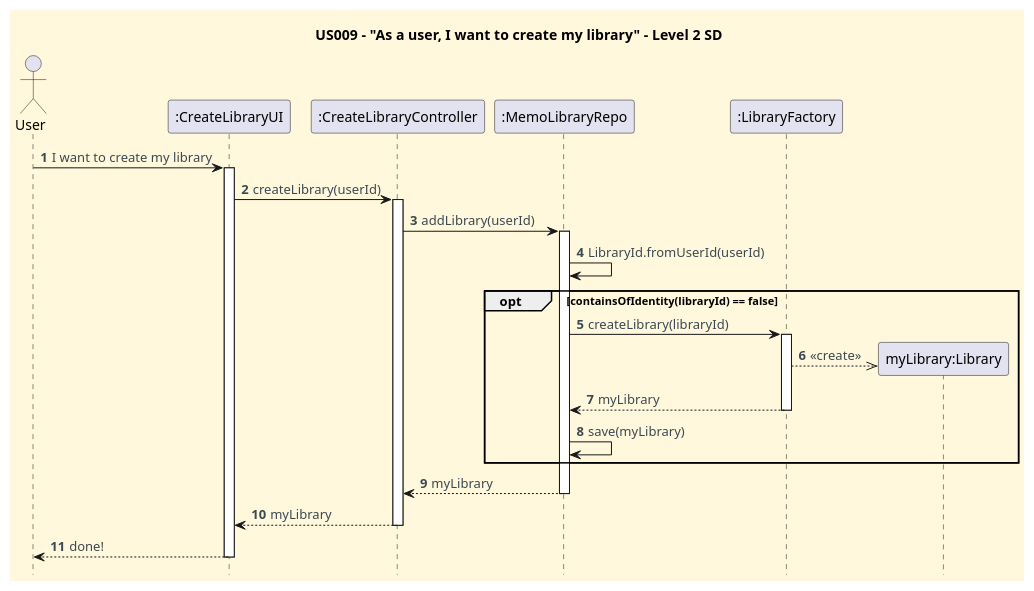
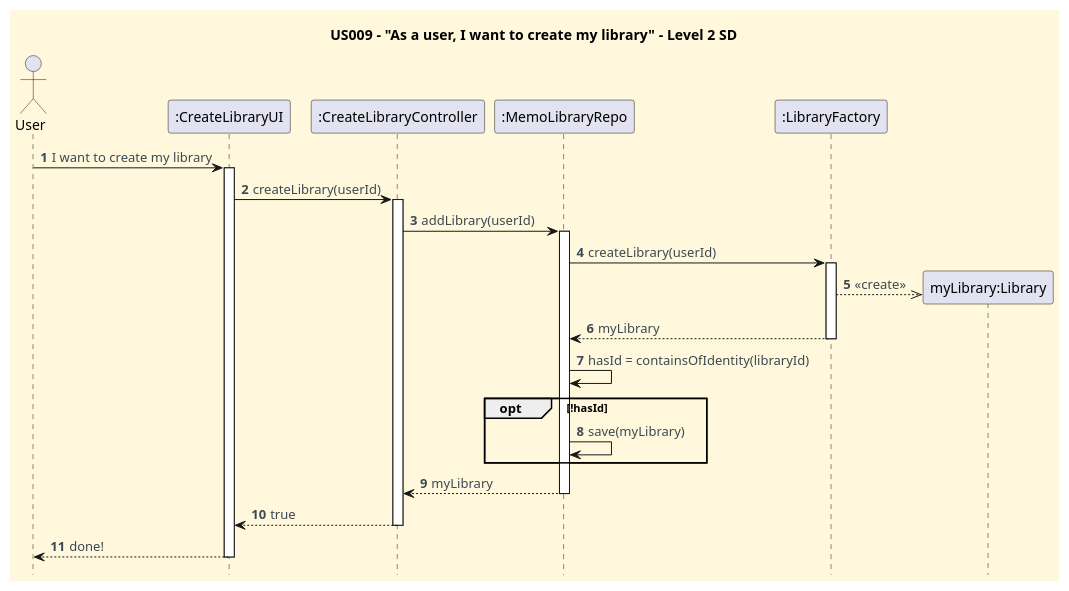
Before and after one commit to CarolinaLeite-collab/JavaMarketplacePlatform: the diagram in docs/user-stories/US009/US009_create_my_library_SD.puml, drawn with PlantUML. The commit also changed 1 other file, not shown here.

```diff
--- a/docs/user-stories/US009/US009_create_my_library_SD.puml
+++ b/docs/user-stories/US009/US009_create_my_library_SD.puml
@@ -1,62 +1,62 @@
 @startuml
 title US009 - "As a user, I want to create my library" - Level 2 SD
 hidefootbox
 
 '==== basic style ====
 skinparam monochrome false
 skinparam shadowing false
 skinparam defaultFontName Futura
 skinparam objectFontSize 20
 skinparam backgroundColor CornSilk
 skinparam objectBackgroundColor WhiteSmoke
 skinparam noteBackgroundColor #FFFFE0
 skinparam ArrowFontColor #3B4953
 skinparam ActivationBackgroundColor black
 
 autonumber
 autoactivate off
 
 ' --- Actor and participants ---
 actor User
 participant ":CreateLibraryUI" as UI
 participant ":CreateLibraryController" as CTL
 participant ":MemoLibraryRepo" as LR
 participant ":LibraryFactory" as LF
 
 ' --- UI interaction ---
 User -> UI: I want to create my library
 activate UI
 
 
 ' --- Use case execution ---
 UI -> CTL: createLibrary(userId)
 activate CTL
 
 CTL -> LR: addLibrary(userId)
 activate LR
 
-LR -> LR: LibraryId.fromUserId(userId)
 
-    opt containsOfIdentity(libraryId) == false
-        LR -> LF: createLibrary(libraryId)
-        activate LF
-        create "myLibrary:Library"
-        LF -->> "myLibrary:Library": <<create>>
-        LF --> LR: myLibrary
-        deactivate LF
+LR -> LF: createLibrary(userId)
+activate LF
+create "myLibrary:Library"
+LF -->> "myLibrary:Library": <<create>>
+LF --> LR: myLibrary
+deactivate LF
+LR -> LR : hasId = containsOfIdentity(libraryId)
 
-        LR -> LR: save(myLibrary)
+    opt !hasId
+    LR -> LR: save(myLibrary)
+    end
 
 
-    end
 
 LR --> CTL: myLibrary
 deactivate LR
 
-CTL --> UI: myLibrary
+CTL --> UI: true
 deactivate CTL
 
 UI --> User: done!
 deactivate UI
 
 @enduml
```
